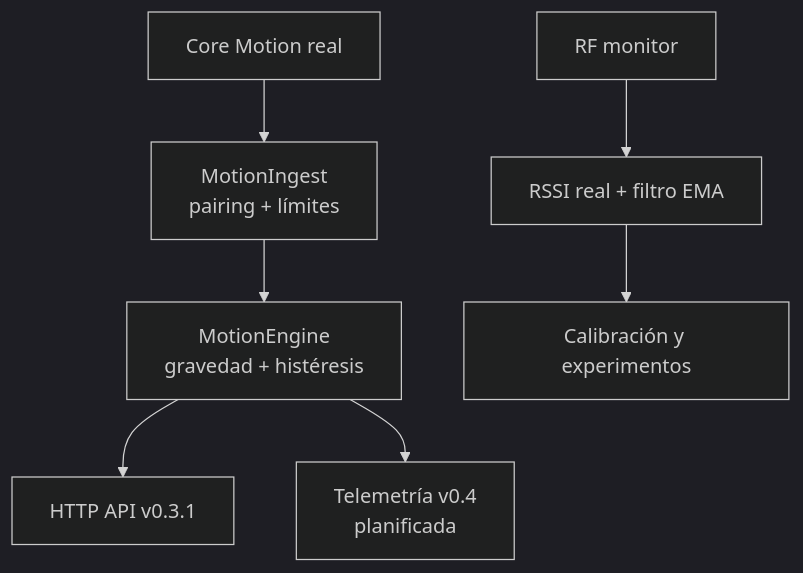
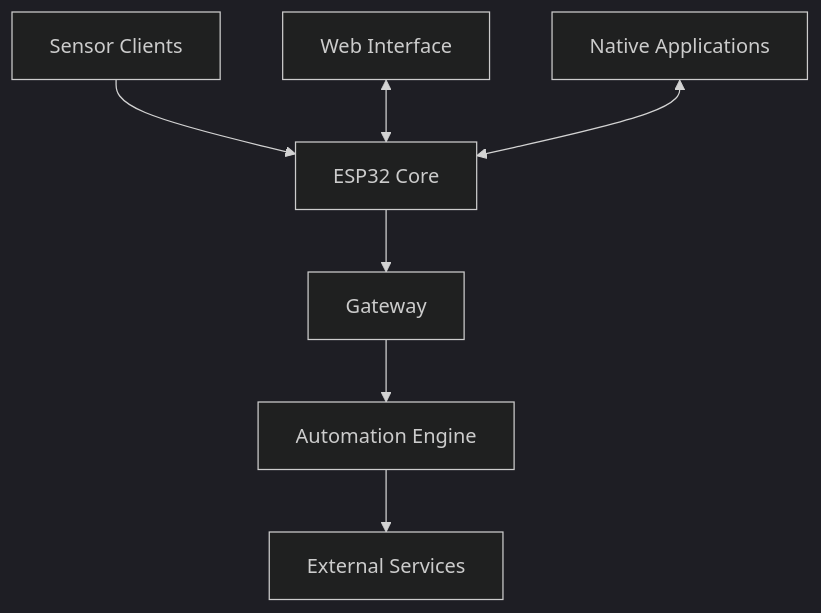
The diagram in README.md (Santy401/SENTINEL-LAB), drawn with Mermaid (dark theme) before and after one commit. The commit also changed other lines of this file, not shown here.

````diff
--- a/README.md
+++ b/README.md
@@ -41,9 +23,9 @@
 ```mermaid
-flowchart TB
-  A[Core Motion real] --> B[MotionIngest<br/>pairing + límites]
-  B --> C[MotionEngine<br/>gravedad + histéresis]
-  C --> D[HTTP API v0.3.1]
-  C --> E[Telemetría v0.4<br/>planificada]
-  F[RF monitor] --> G[RSSI real + filtro EMA]
-  G --> H[Calibración y experimentos]
+flowchart TD
+    A[Sensor Clients] --> B[ESP32 Core]
+    C[Web Interface] <--> B
+    B --> D[Gateway]
+    D --> E[Automation Engine]
+    E --> F[External Services]
+    G[Native Applications] <--> B
 ```
````
